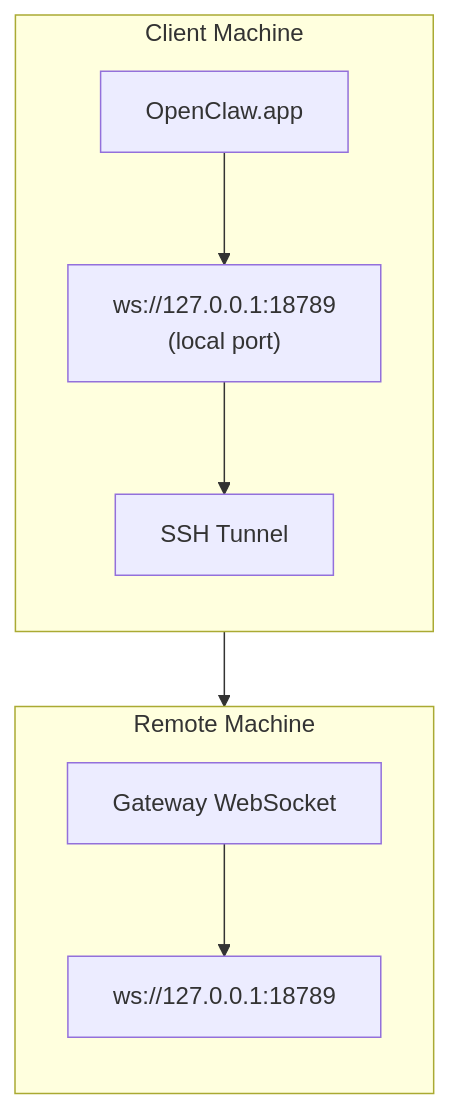
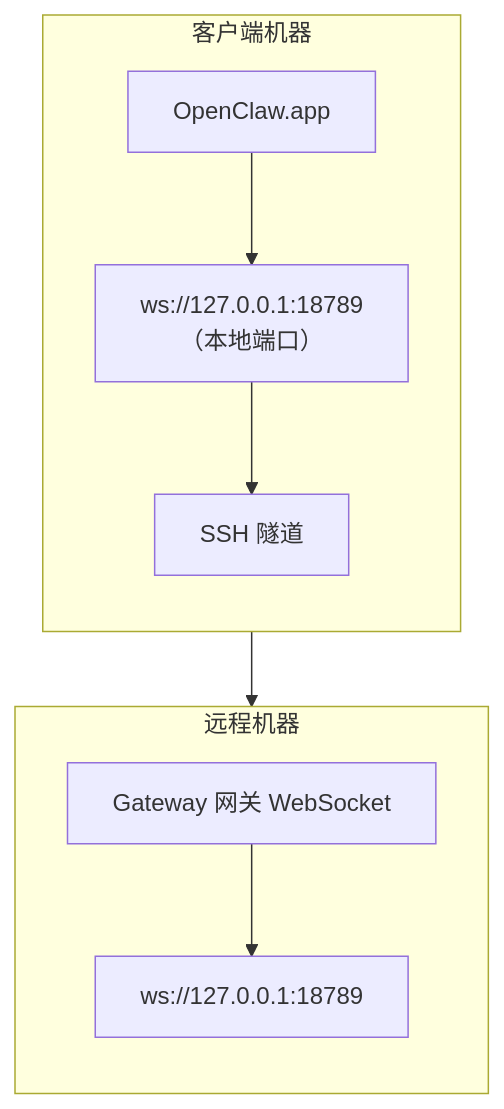
Before and after one commit to daichangya/openclaw-docs: the diagram in docs/gateway/remote-gateway-readme.md, drawn with Mermaid. The commit also changed other lines of this file and 1029 other files, not shown here.

````diff
--- a/docs/gateway/remote-gateway-readme.md
+++ b/docs/gateway/remote-gateway-readme.md
@@ -15,20 +22,20 @@
 ```mermaid
 flowchart TB
-    subgraph Client["Client Machine"]
+    subgraph Client["客户端机器"]
         direction TB
         A["OpenClaw.app"]
-        B["ws://127.0.0.1:18789\n(local port)"]
-        T["SSH Tunnel"]
+        B["ws://127.0.0.1:18789\n（本地端口）"]
+        T["SSH 隧道"]
 
         A --> B
         B --> T
     end
-    subgraph Remote["Remote Machine"]
+    subgraph Remote["远程机器"]
         direction TB
-        C["Gateway WebSocket"]
+        C["Gateway 网关 WebSocket"]
         D["ws://127.0.0.1:18789"]
 
         C --> D
     end
     T --> C
 ```
````
